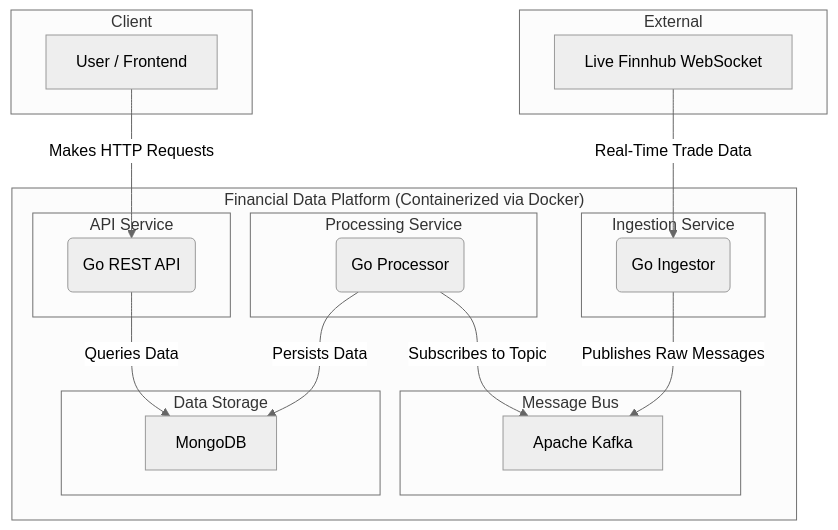
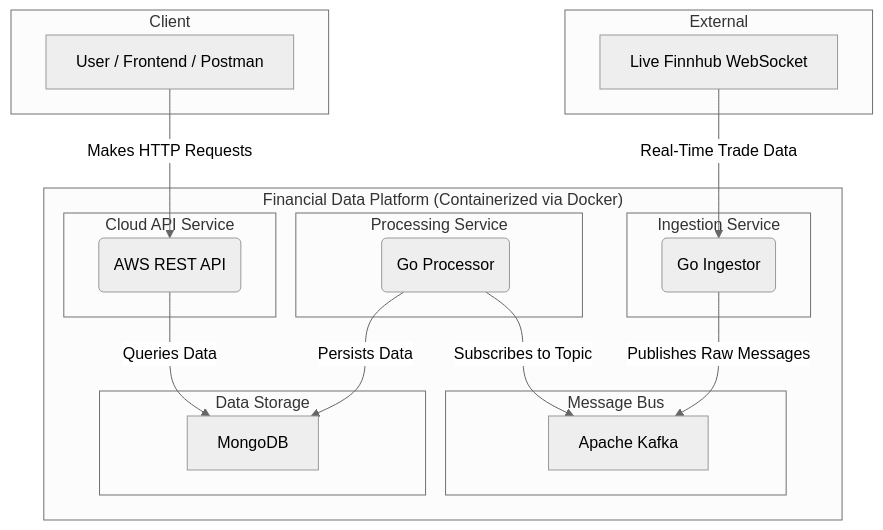
Before and after one commit to WillSyd2023/financial-data-backend-2: the diagram in README.md, drawn with Mermaid (neutral theme). The commit also changed other lines of this file, not shown here.

Commit message:
feat: new README update (GitHub Actions, AWS)

````diff
--- a/README.md
+++ b/README.md
@@ -11,35 +11,35 @@
 ```mermaid
 graph TD
     subgraph External
         A[Live Finnhub WebSocket]
     end
 
     subgraph "Financial Data Platform (Containerized via Docker)"
         subgraph "Ingestion Service"
             B(Go Ingestor)
         end
         subgraph "Message Bus"
             C[Apache Kafka]
         end
         subgraph "Processing Service"
             D(Go Processor)
         end
         subgraph "Data Storage"
             E[MongoDB]
         end
-        subgraph "API Service"
-            F(Go REST API)
+        subgraph "Cloud API Service"
+            F(AWS REST API)
         end
     end
 
     subgraph Client
-        G[User / Frontend]
+        G[User / Frontend / Postman]
     end
 
     A -- Real-Time Trade Data --> B
     B -- Publishes Raw Messages --> C
     D -- Subscribes to Topic --> C
     D -- Persists Data --> E
     F -- Queries Data --> E
     G -- Makes HTTP Requests --> F
 ```
````
